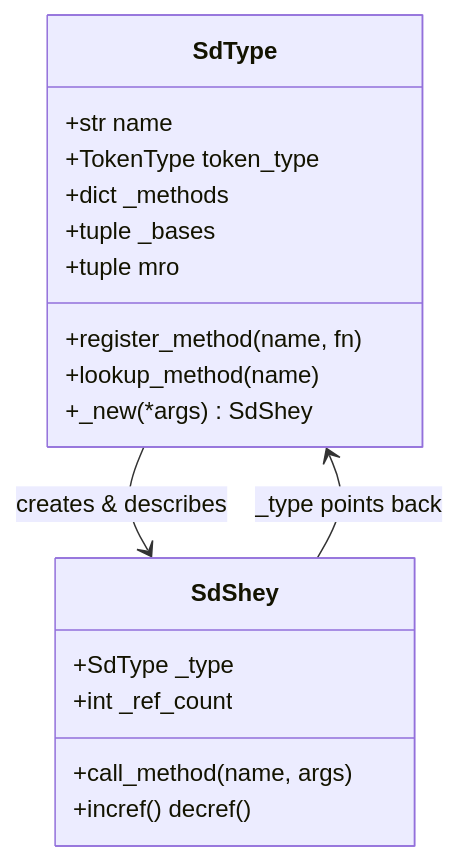
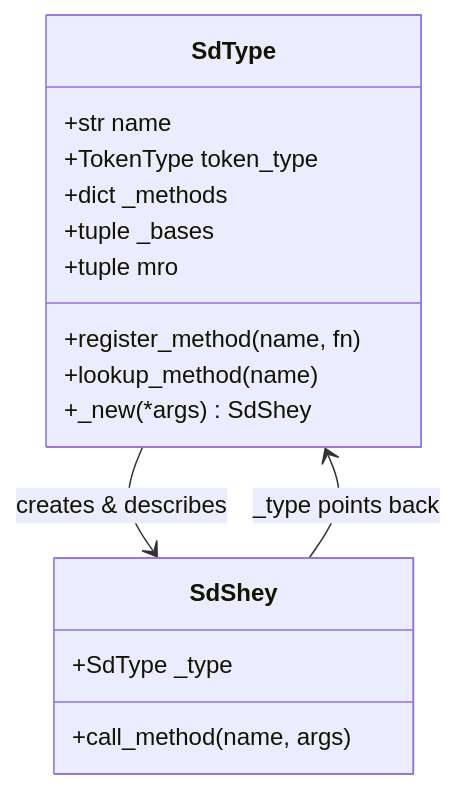
One commit to AmanatAliPanhwer/Sindlish changed the first of 2 diagrams in book/src/object-model.md. Above: the diagram before and after it, drawn with Mermaid. The commit also changed other lines of this file and 2 other files, not shown here.

````diff
--- a/book/src/object-model.md
+++ b/book/src/object-model.md
@@ -9,21 +9,19 @@
 ```mermaid
 classDiagram
     class SdType {
         +str name
         +TokenType token_type
         +dict _methods
         +tuple _bases
         +tuple mro
         +register_method(name, fn)
         +lookup_method(name)
         +_new(*args) SdShey
     }
     class SdShey {
         +SdType _type
-        +int _ref_count
         +call_method(name, args)
-        +incref() decref()
     }
     SdType --> SdShey : creates & describes
     SdShey --> SdType : _type points back
 ```
````
